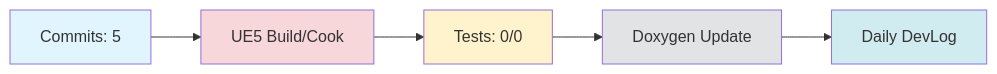
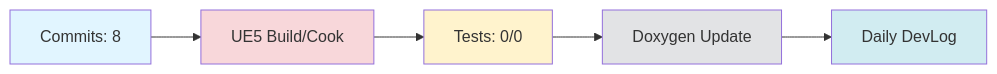
Before and after one commit to doppleddiggong/Onepiece: the diagram in Documents/DevLog/Daily/2025-11-16.md, drawn with Mermaid. The commit also changed other lines of this file and 1 other file, not shown here.

````diff
--- a/Documents/DevLog/Daily/2025-11-16.md
+++ b/Documents/DevLog/Daily/2025-11-16.md
@@ -107,13 +107,13 @@
 ```mermaid
 flowchart LR
-  Dev[Commits: 5] --> Build[UE5 Build/Cook]
+  Dev[Commits: 8] --> Build[UE5 Build/Cook]
   Build --> Test[Tests: 0/0]
   Test --> Doc[Doxygen Update]
   Doc --> Daily[Daily DevLog]
 
   style Dev fill:#e1f5ff
   style Build fill:#f8d7da
   style Test fill:#fff3cd
   style Doc fill:#e2e3e5
   style Daily fill:#d1ecf1
 ```
````
